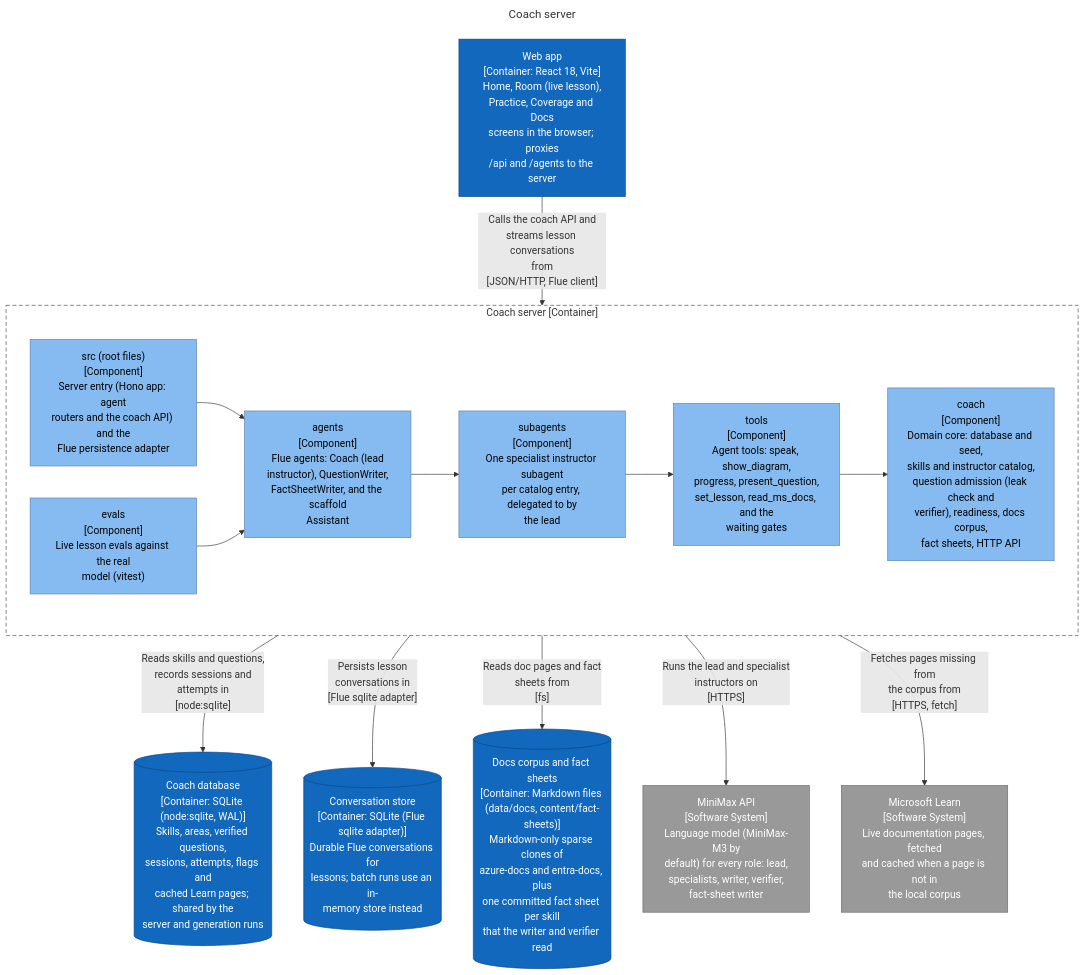
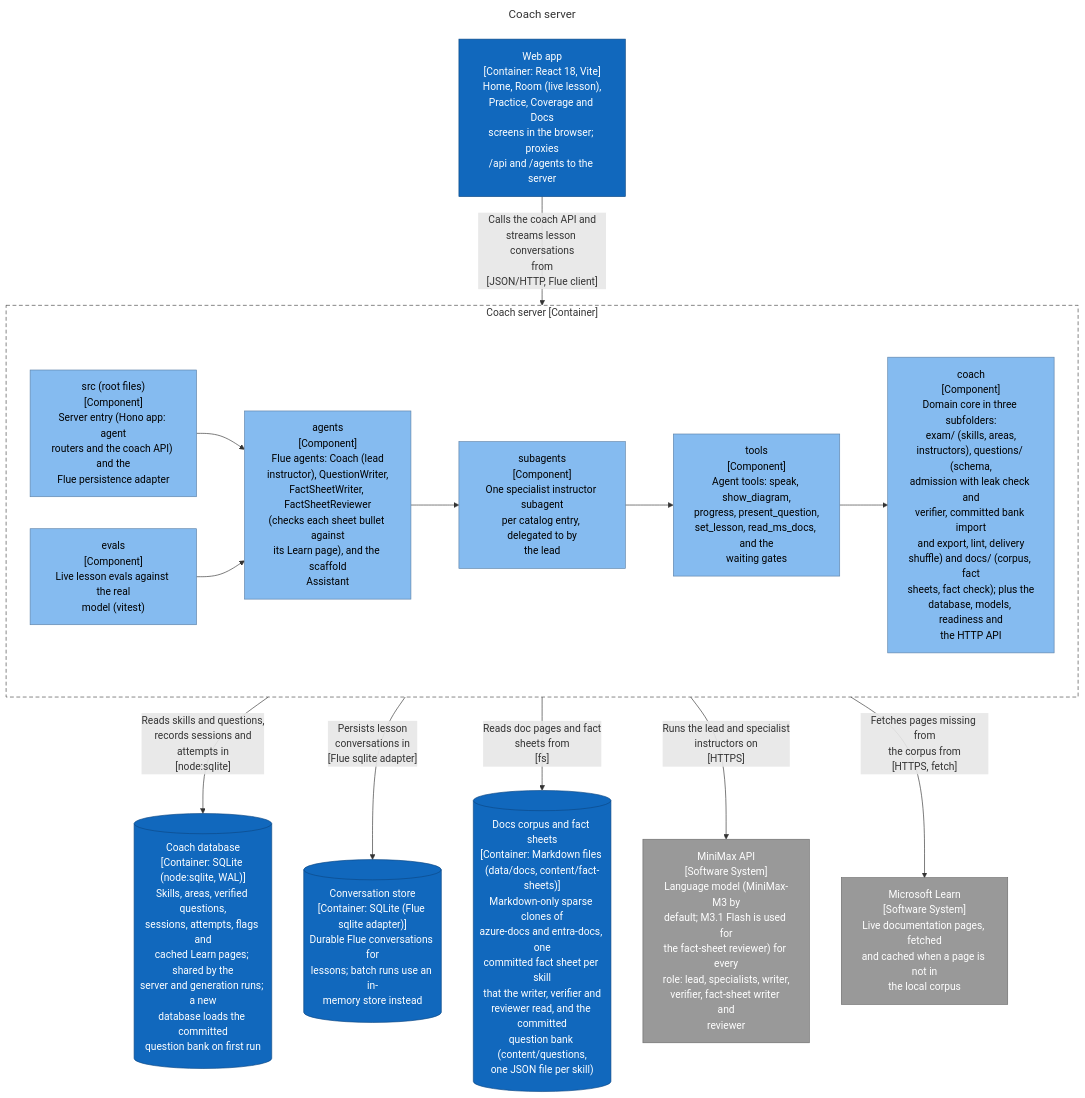
Before and after one commit to ythalorossy/study-coach: the diagram in architecture-docs/study-coach/c4-component-study-coach.mmd, drawn with Mermaid. The commit also changed 15 other files, not shown here.

Commit message:
docs: refresh the architecture report for the new folders, reviewer agent and question bank

```diff
--- a/architecture-docs/study-coach/c4-component-study-coach.mmd
+++ b/architecture-docs/study-coach/c4-component-study-coach.mmd
@@ -1,39 +1,39 @@
 ---
 title: "Coach server"
 ---
 flowchart TB
     subgraph boundary["Coach server [Container]"]
         src__files["src (root files)<br/>[Component]<br/>Server entry (Hono app: agent<br/>routers and the coach API) and the<br/>Flue persistence adapter"]
-        src_agents["agents<br/>[Component]<br/>Flue agents: Coach (lead<br/>instructor), QuestionWriter,<br/>FactSheetWriter, and the scaffold<br/>Assistant"]
-        src_coach["coach<br/>[Component]<br/>Domain core: database and seed,<br/>skills and instructor catalog,<br/>question admission (leak check and<br/>verifier), readiness, docs corpus,<br/>fact sheets, HTTP API"]
+        src_agents["agents<br/>[Component]<br/>Flue agents: Coach (lead<br/>instructor), QuestionWriter,<br/>FactSheetWriter, FactSheetReviewer<br/>(checks each sheet bullet against<br/>its Learn page), and the scaffold<br/>Assistant"]
+        src_coach["coach<br/>[Component]<br/>Domain core in three subfolders:<br/>exam/ (skills, areas,<br/>instructors), questions/ (schema,<br/>admission with leak check and<br/>verifier, committed bank import<br/>and export, lint, delivery<br/>shuffle) and docs/ (corpus, fact<br/>sheets, fact check); plus the<br/>database, models, readiness and<br/>the HTTP API"]
         src_evals["evals<br/>[Component]<br/>Live lesson evals against the real<br/>model (vitest)"]
         src_subagents["subagents<br/>[Component]<br/>One specialist instructor subagent<br/>per catalog entry, delegated to by<br/>the lead"]
         src_tools["tools<br/>[Component]<br/>Agent tools: speak, show_diagram,<br/>progress, present_question,<br/>set_lesson, read_ms_docs, and the<br/>waiting gates"]
     end
     src__files --> src_agents
     src_agents --> src_subagents
     src_evals --> src_agents
     src_subagents --> src_tools
     src_tools --> src_coach
     coach_web["Web app<br/>[Container: React 18, Vite]<br/>Home, Room (live lesson),<br/>Practice, Coverage and Docs<br/>screens in the browser; proxies<br/>/api and /agents to the server"]
     coach_web -->|"Calls the coach API and<br/>streams lesson conversations<br/>from<br/>[JSON/HTTP, Flue client]"| boundary
-    coach_db[("Coach database<br/>[Container: SQLite (node:sqlite, WAL)]<br/>Skills, areas, verified questions,<br/>sessions, attempts, flags and<br/>cached Learn pages; shared by the<br/>server and generation runs")]
+    coach_db[("Coach database<br/>[Container: SQLite (node:sqlite, WAL)]<br/>Skills, areas, verified questions,<br/>sessions, attempts, flags and<br/>cached Learn pages; shared by the<br/>server and generation runs; a new<br/>database loads the committed<br/>question bank on first run")]
     boundary -->|"Reads skills and questions,<br/>records sessions and<br/>attempts in<br/>[node:sqlite]"| coach_db
     flue_db[("Conversation store<br/>[Container: SQLite (Flue sqlite adapter)]<br/>Durable Flue conversations for<br/>lessons; batch runs use an in-<br/>memory store instead")]
     boundary -->|"Persists lesson<br/>conversations in<br/>[Flue sqlite adapter]"| flue_db
-    docs_corpus[("Docs corpus and fact sheets<br/>[Container: Markdown files (data/docs, content/fact-sheets)]<br/>Markdown-only sparse clones of<br/>azure-docs and entra-docs, plus<br/>one committed fact sheet per skill<br/>that the writer and verifier read")]
+    docs_corpus[("Docs corpus and fact sheets<br/>[Container: Markdown files (data/docs, content/fact-sheets)]<br/>Markdown-only sparse clones of<br/>azure-docs and entra-docs, one<br/>committed fact sheet per skill<br/>that the writer, verifier and<br/>reviewer read, and the committed<br/>question bank (content/questions,<br/>one JSON file per skill)")]
     boundary -->|"Reads doc pages and fact<br/>sheets from<br/>[fs]"| docs_corpus
-    ext_minimax["MiniMax API<br/>[Software System]<br/>Language model (MiniMax-M3 by<br/>default) for every role: lead,<br/>specialists, writer, verifier,<br/>fact-sheet writer"]
+    ext_minimax["MiniMax API<br/>[Software System]<br/>Language model (MiniMax-M3 by<br/>default; M3.1 Flash is used for<br/>the fact-sheet reviewer) for every<br/>role: lead, specialists, writer,<br/>verifier, fact-sheet writer and<br/>reviewer"]
     boundary -->|"Runs the lead and specialist<br/>instructors on<br/>[HTTPS]"| ext_minimax
     ext_learn["Microsoft Learn<br/>[Software System]<br/>Live documentation pages, fetched<br/>and cached when a page is not in<br/>the local corpus"]
     boundary -->|"Fetches pages missing from<br/>the corpus from<br/>[HTTPS, fetch]"| ext_learn
     classDef person fill:#08427b,stroke:#052e56,color:#ffffff
     classDef container fill:#1168bd,stroke:#0b4884,color:#ffffff
     classDef system fill:#1168bd,stroke:#0b4884,color:#ffffff
     classDef component fill:#85bbf0,stroke:#5d82a8,color:#000000
     classDef external fill:#999999,stroke:#6b6b6b,color:#ffffff
     classDef shared fill:#dbe9f6,stroke:#5d82a8,color:#000000,stroke-dasharray:4 3
     class src__files,src_agents,src_coach,src_evals,src_subagents,src_tools component
     class coach_web,coach_db,flue_db,docs_corpus container
     class ext_minimax,ext_learn external
     style boundary fill:none,stroke:#444444,stroke-dasharray:6 4
```
